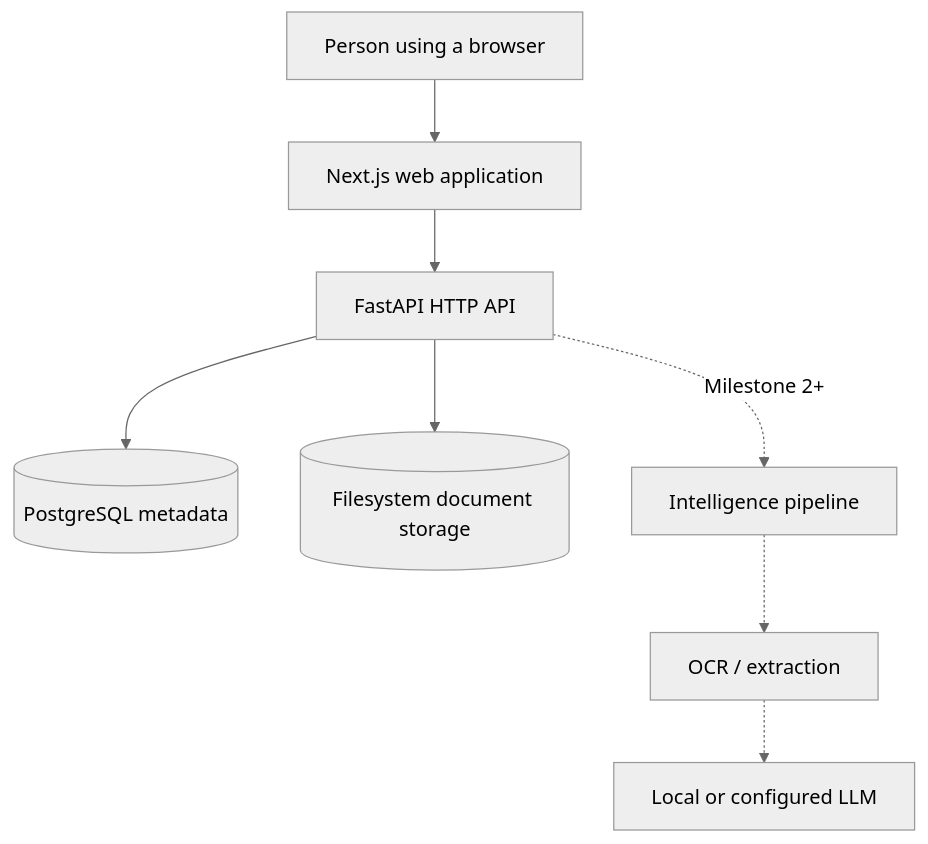
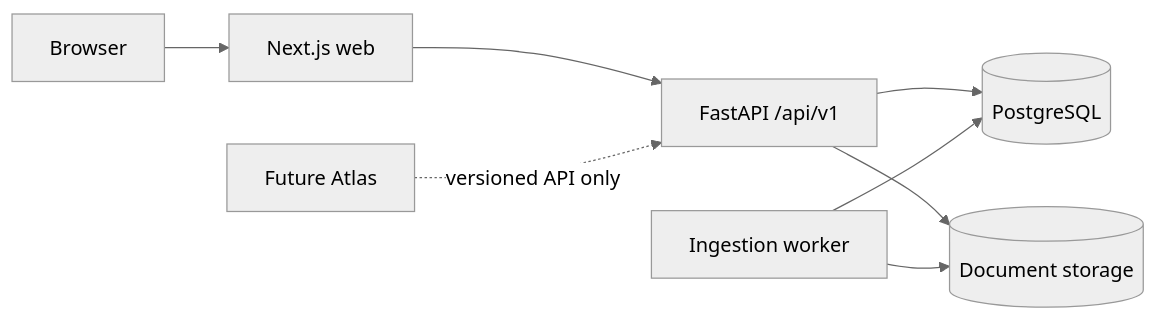
One commit to maxsmolka/private-document-intelligence changed the first of 2 diagrams in docs/ARCHITECTURE.md. Above: the diagram before and after it, drawn with Mermaid (neutral theme). The commit also changed other lines of this file and 6 other files, not shown here.

Commit message:
docs: document ingestion and integration boundaries

````diff
--- a/docs/ARCHITECTURE.md
+++ b/docs/ARCHITECTURE.md
@@ -15,10 +13,10 @@
 ```mermaid
-flowchart TD
-    U["Person using a browser"] --> W["Next.js web application"]
-    W --> A["FastAPI HTTP API"]
-    A --> P[("PostgreSQL metadata")]
-    A --> S[("Filesystem document storage")]
-    A -. "Milestone 2+" .-> I["Intelligence pipeline"]
-    I -.-> O["OCR / extraction"]
-    O -.-> L["Local or configured LLM"]
+flowchart LR
+    U["Browser"] --> W["Next.js web"]
+    W --> A["FastAPI /api/v1"]
+    A --> P[("PostgreSQL")]
+    A --> S[("Document storage")]
+    Q["Ingestion worker"] --> P
+    Q --> S
+    X["Future Atlas"] -. "versioned API only" .-> A
 ```
````
